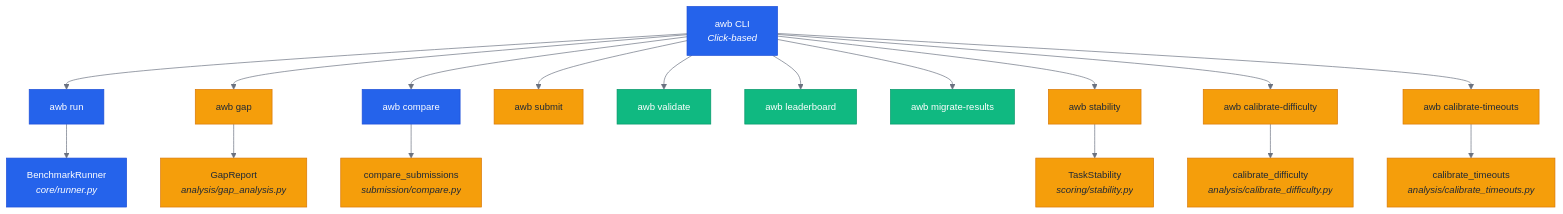
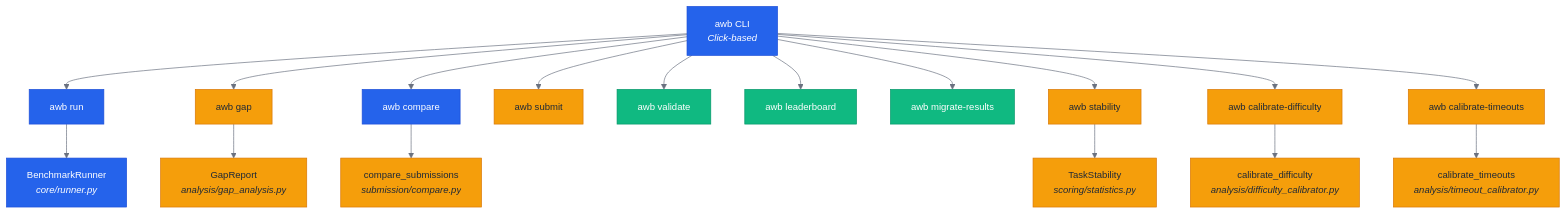
Before and after one commit to xmpuspus/ai-workflow-benchmark: the first of 8 diagrams in ARCHITECTURE.md, drawn with Mermaid. The commit also changed other lines of this file and 6 other files, not shown here.

````diff
--- a/ARCHITECTURE.md
+++ b/ARCHITECTURE.md
@@ -7,27 +7,27 @@
 ```mermaid
 %%{init: {'theme': 'base', 'themeVariables': {'primaryColor': '#2563eb', 'primaryTextColor': '#ffffff', 'primaryBorderColor': '#1d4ed8', 'secondaryColor': '#f59e0b', 'secondaryTextColor': '#1f2937', 'tertiaryColor': '#10b981', 'tertiaryTextColor': '#ffffff', 'lineColor': '#6b7280', 'fontSize': '14px'}}}%%
 graph TB
     CLI["awb CLI<br/><i>Click-based</i>"]:::primary
 
     CLI --> Run["awb run"]:::primary
     CLI --> Gap["awb gap"]:::secondary
     CLI --> Compare["awb compare"]:::primary
     CLI --> Submit["awb submit"]:::secondary
     CLI --> Validate["awb validate"]:::tertiary
     CLI --> Leaderboard["awb leaderboard"]:::tertiary
     CLI --> Migrate["awb migrate-results"]:::tertiary
     CLI --> Stability["awb stability"]:::secondary
     CLI --> CalDiff["awb calibrate-difficulty"]:::secondary
     CLI --> CalTime["awb calibrate-timeouts"]:::secondary
 
     Run --> Runner["BenchmarkRunner<br/><i>core/runner.py</i>"]:::primary
     Gap --> GapEngine["GapReport<br/><i>analysis/gap_analysis.py</i>"]:::secondary
     Compare --> CompareEngine["compare_submissions<br/><i>submission/compare.py</i>"]:::secondary
-    Stability --> StabilityEngine["TaskStability<br/><i>scoring/stability.py</i>"]:::secondary
-    CalDiff --> CalDiffEngine["calibrate_difficulty<br/><i>analysis/calibrate_difficulty.py</i>"]:::secondary
-    CalTime --> CalTimeEngine["calibrate_timeouts<br/><i>analysis/calibrate_timeouts.py</i>"]:::secondary
+    Stability --> StabilityEngine["TaskStability<br/><i>scoring/statistics.py</i>"]:::secondary
+    CalDiff --> CalDiffEngine["calibrate_difficulty<br/><i>analysis/difficulty_calibrator.py</i>"]:::secondary
+    CalTime --> CalTimeEngine["calibrate_timeouts<br/><i>analysis/timeout_calibrator.py</i>"]:::secondary
 
     classDef primary fill:#2563eb,stroke:#1d4ed8,color:#fff
     classDef secondary fill:#f59e0b,stroke:#d97706,color:#1f2937
     classDef tertiary fill:#10b981,stroke:#059669,color:#fff
 ```
````
